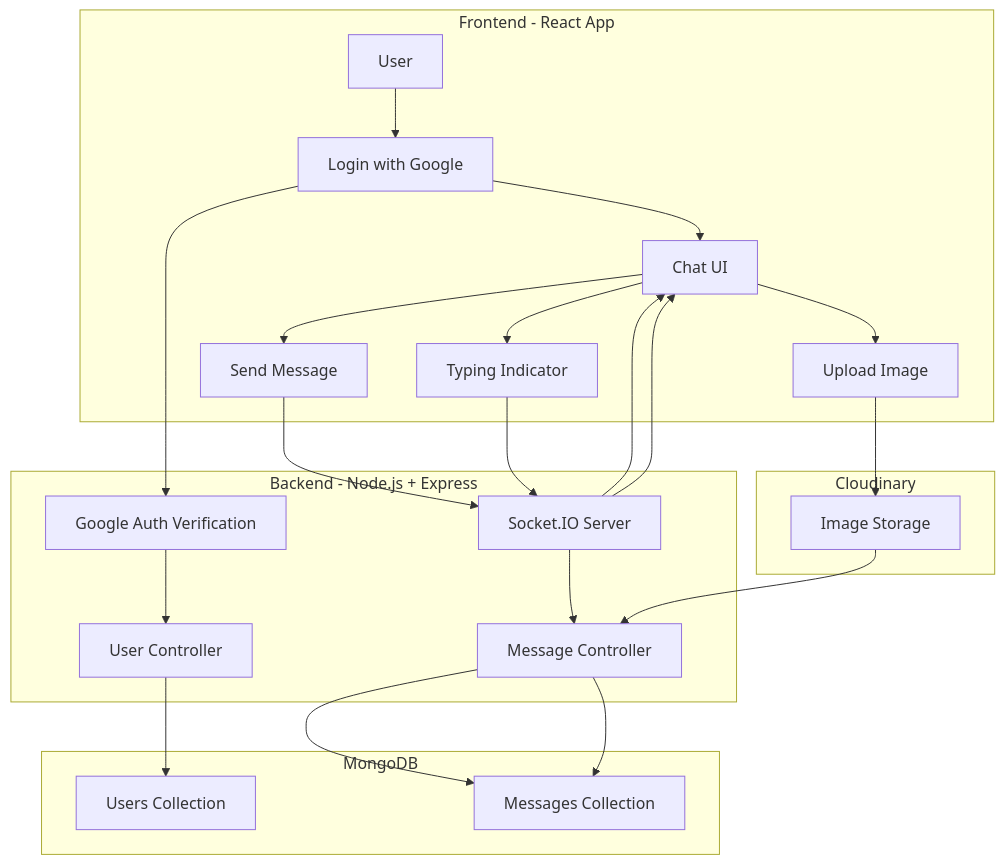
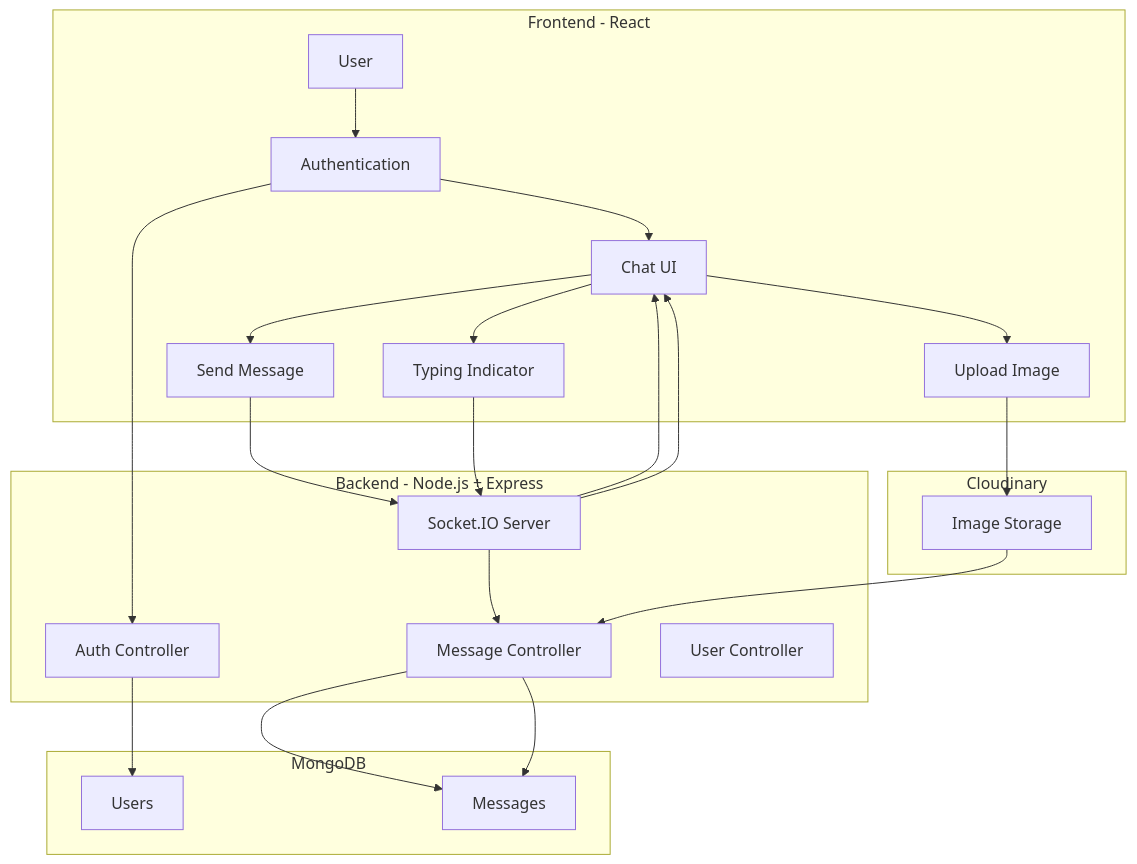
The diagram in README.md (SonCryptoz/realtime-chat-app), drawn with Mermaid before and after one commit. The commit also changed other lines of this file, not shown here.

````diff
--- a/README.md
+++ b/README.md
@@ -41,46 +48,41 @@
 ```mermaid
 graph TD
-    subgraph Client[Frontend - React App]
-        A[User] --> B[Login with Google]
+    subgraph Client["Frontend - React"]
+        A[User] --> B[Authentication]
         B --> C[Chat UI]
         C --> D[Send Message]
-        C --> T[Typing Indicator]
-        C --> I[Upload Image]
+        C --> E[Typing Indicator]
+        C --> F[Upload Image]
     end
 
-    subgraph Server[Backend - Node.js + Express]
-        E[Google Auth Verification]
-        F[Socket.IO Server]
-        G[Message Controller]
-        H[User Controller]
+    subgraph Server["Backend - Node.js + Express"]
+        G[Auth Controller]
+        H[Socket.IO Server]
+        I[Message Controller]
+        J[User Controller]
     end
 
-    subgraph Database[MongoDB]
-        J[Users Collection]
-        K[Messages Collection]
+    subgraph Database["MongoDB"]
+        K[Users]
+        L[Messages]
     end
 
-    subgraph Media[Cloudinary]
-        L[Image Storage]
+    subgraph Storage["Cloudinary"]
+        M[Image Storage]
     end
 
-    %% Auth Flow
-    B --> E
+    B --> G
+    G --> K
+
+    D --> H
+    H --> I
+    I --> L
+    H --> C
+
     E --> H
-    H --> J
+    H --> C
 
-    %% Messaging Flow
-    D --> F
-    F --> G
-    G --> K
-    F --> C
-
-    %% Typing Flow
-    T --> F
-    F --> C
-
-    %% Image Flow
+    F --> M
+    M --> I
     I --> L
-    L --> G
-    G --> K
 ```
````
